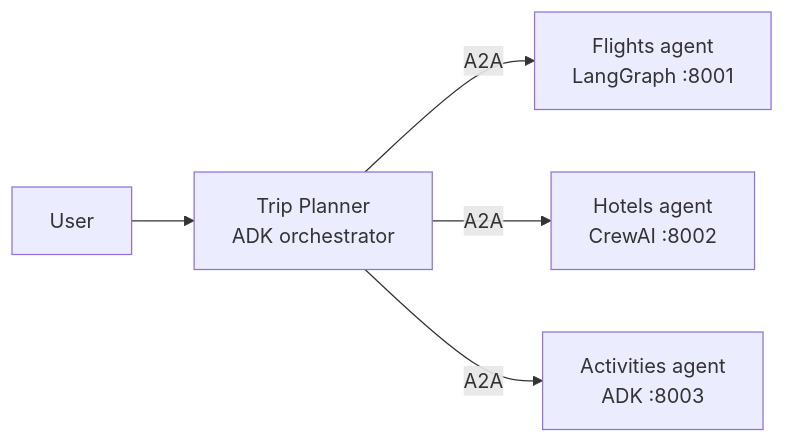
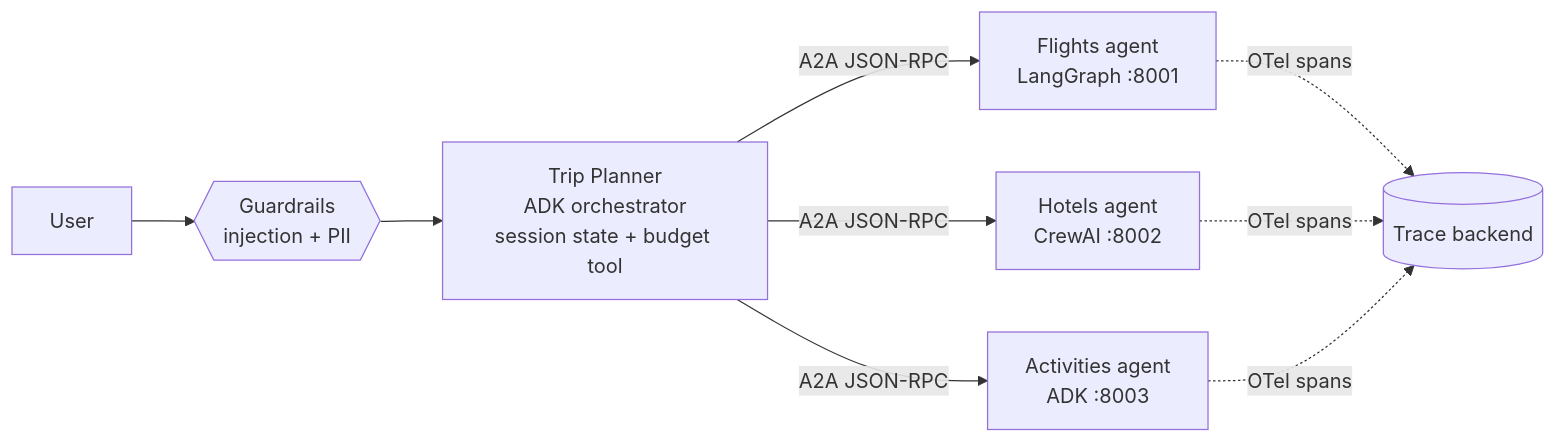
The diagram in README.md (anshd15/a2a-agent-mesh), drawn with Mermaid before and after one commit. The commit also changed other lines of this file, not shown here.

Commit message:
docs: architecture, guardrails, tracing and eval guide in README

````diff
--- a/README.md
+++ b/README.md
@@ -5,7 +5,9 @@
 ```mermaid
 flowchart LR
-  U[User] --> O[Trip Planner<br/>ADK orchestrator]
-  O -- A2A --> F[Flights agent<br/>LangGraph :8001]
-  O -- A2A --> H[Hotels agent<br/>CrewAI :8002]
-  O -- A2A --> A[Activities agent<br/>ADK :8003]
+  U[User] --> G{{Guardrails<br/>injection + PII}}
+  G --> O[Trip Planner<br/>ADK orchestrator<br/>session state + budget tool]
+  O -- A2A JSON-RPC --> F[Flights agent<br/>LangGraph :8001]
+  O -- A2A JSON-RPC --> H[Hotels agent<br/>CrewAI :8002]
+  O -- A2A JSON-RPC --> A[Activities agent<br/>ADK :8003]
+  F & H & A -. OTel spans .-> T[(Trace backend)]
 ```
````
